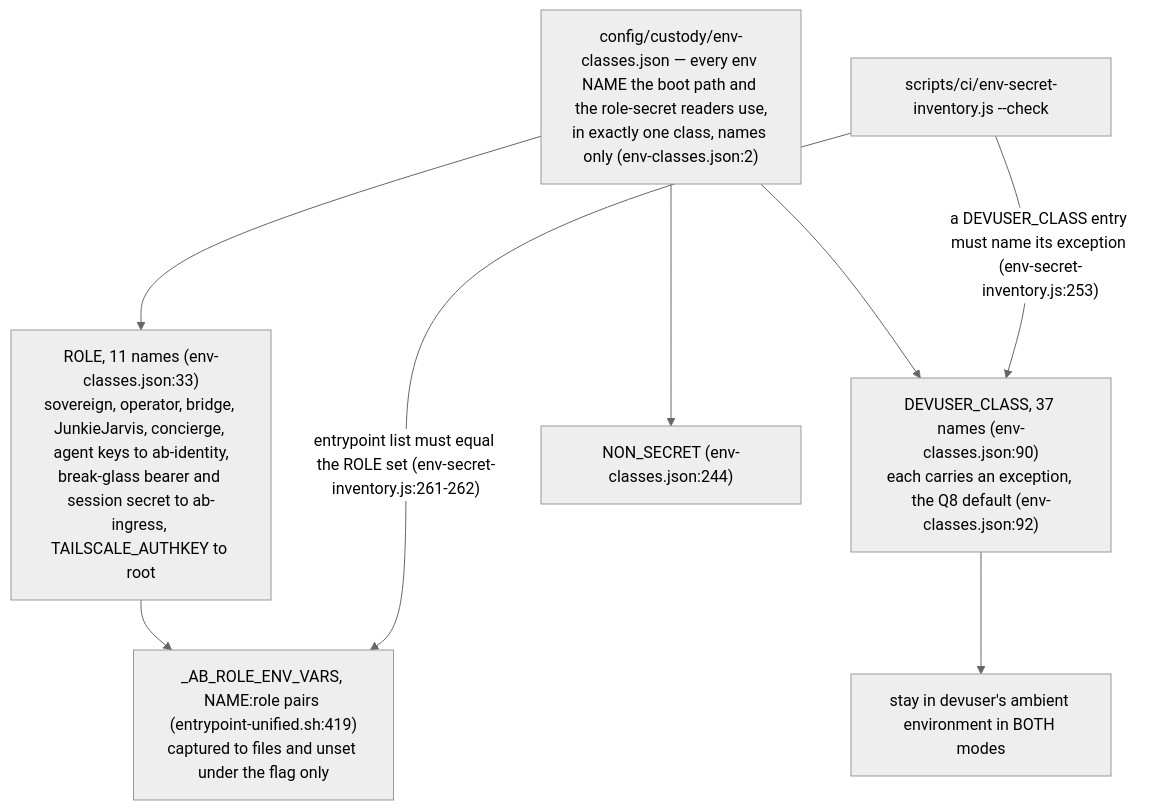
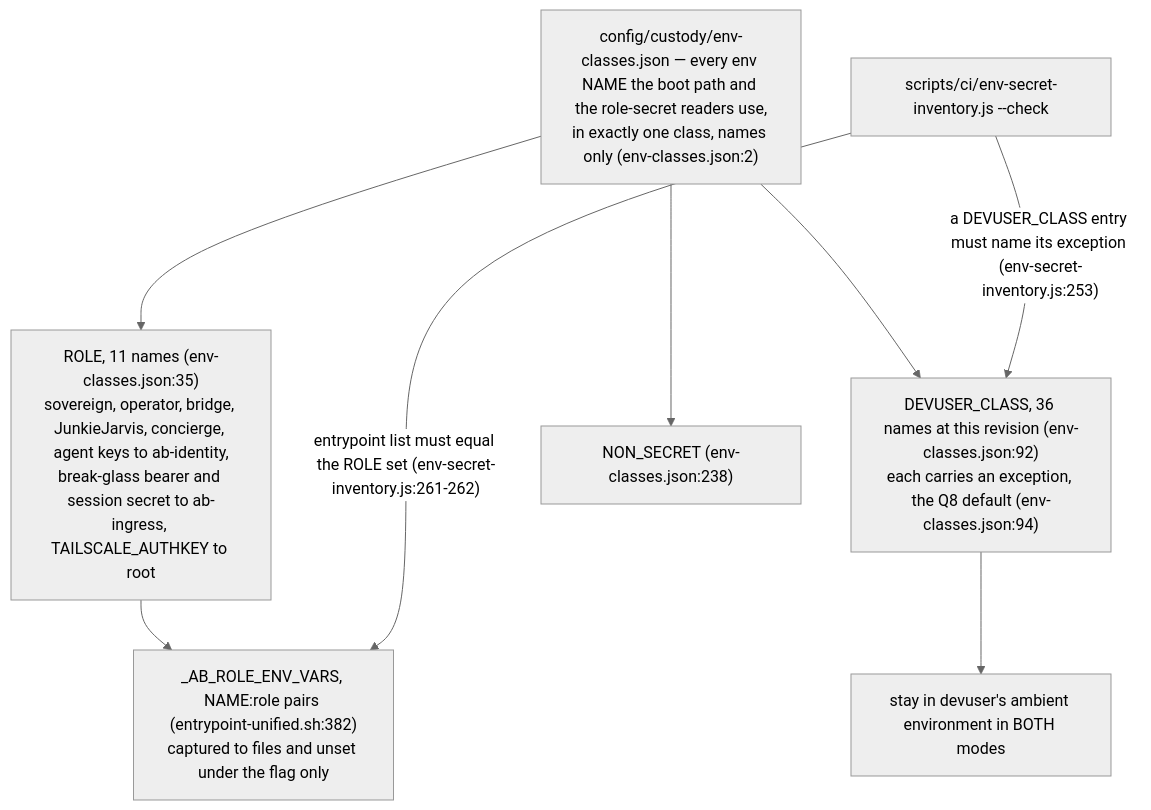
The sixth of 7 diagrams in docs/diagrams/agentbox/36-role-isolation-and-identity-port.md (DreamLab-AI/VisionFlow), drawn with Mermaid (neutral theme) before and after one commit. The commit also changed other lines of this file and 173 other files, not shown here.

````diff
--- a/docs/diagrams/agentbox/36-role-isolation-and-identity-port.md
+++ b/docs/diagrams/agentbox/36-role-isolation-and-identity-port.md
@@ -216,12 +217,12 @@
 ```mermaid
 flowchart TB
     TAB["config/custody/env-classes.json — every env NAME the boot path and the role-secret readers use,<br/>in exactly one class, names only (env-classes.json:2)"]
-    TAB --> ROLE["ROLE, 11 names (env-classes.json:33)<br/>sovereign, operator, bridge, JunkieJarvis, concierge, agent keys to ab-identity,<br/>break-glass bearer and session secret to ab-ingress, TAILSCALE_AUTHKEY to root"]
-    TAB --> DC["DEVUSER_CLASS, 37 names (env-classes.json:90)<br/>each carries an exception, the Q8 default (env-classes.json:92)"]
-    TAB --> NS["NON_SECRET (env-classes.json:244)"]
-    ROLE --> EP["_AB_ROLE_ENV_VARS, NAME:role pairs (entrypoint-unified.sh:419)<br/>captured to files and unset under the flag only"]
+    TAB --> ROLE["ROLE, 11 names (env-classes.json:35)<br/>sovereign, operator, bridge, JunkieJarvis, concierge, agent keys to ab-identity,<br/>break-glass bearer and session secret to ab-ingress, TAILSCALE_AUTHKEY to root"]
+    TAB --> DC["DEVUSER_CLASS, 36 names at this revision (env-classes.json:92)<br/>each carries an exception, the Q8 default (env-classes.json:94)"]
+    TAB --> NS["NON_SECRET (env-classes.json:238)"]
+    ROLE --> EP["_AB_ROLE_ENV_VARS, NAME:role pairs (entrypoint-unified.sh:382)<br/>captured to files and unset under the flag only"]
     DC --> STAY["stay in devuser's ambient environment in BOTH modes"]
     CI["scripts/ci/env-secret-inventory.js --check"]
     CI -->|"entrypoint list must equal the ROLE set (env-secret-inventory.js:261-262)"| EP
     CI -->|"a DEVUSER_CLASS entry must name its exception (env-secret-inventory.js:253)"| DC
 ```
````
